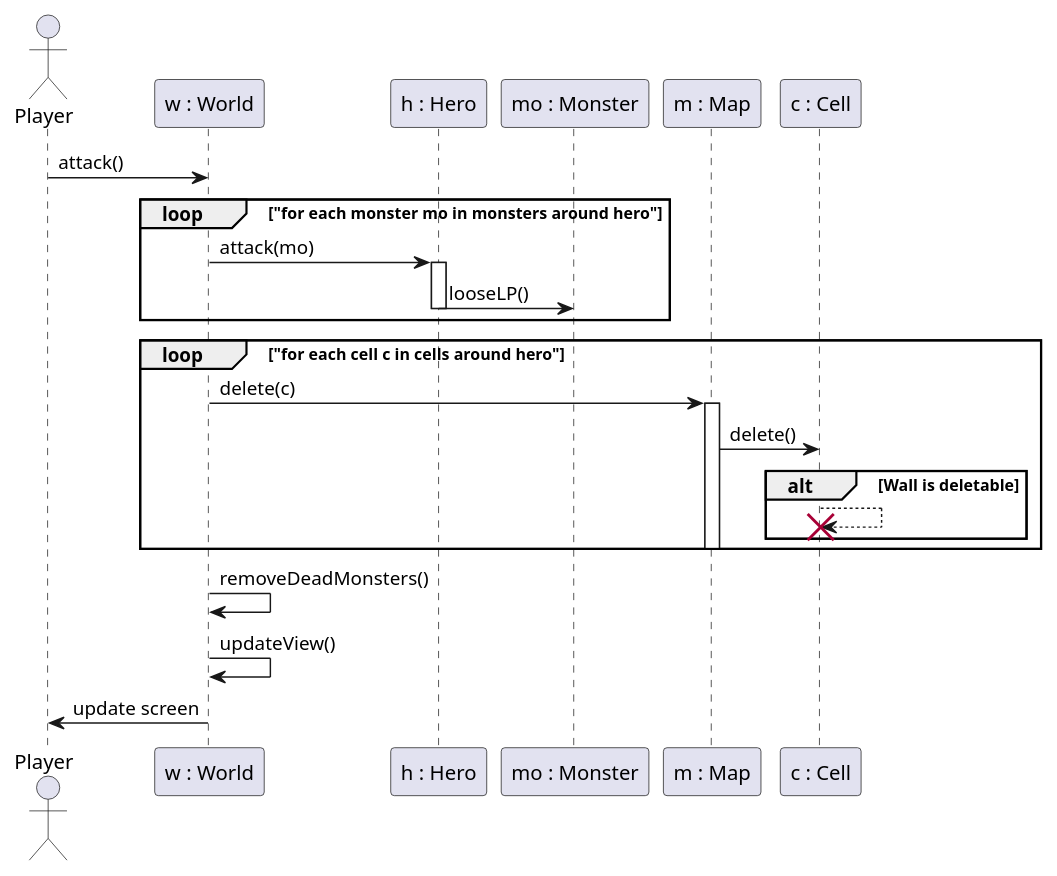
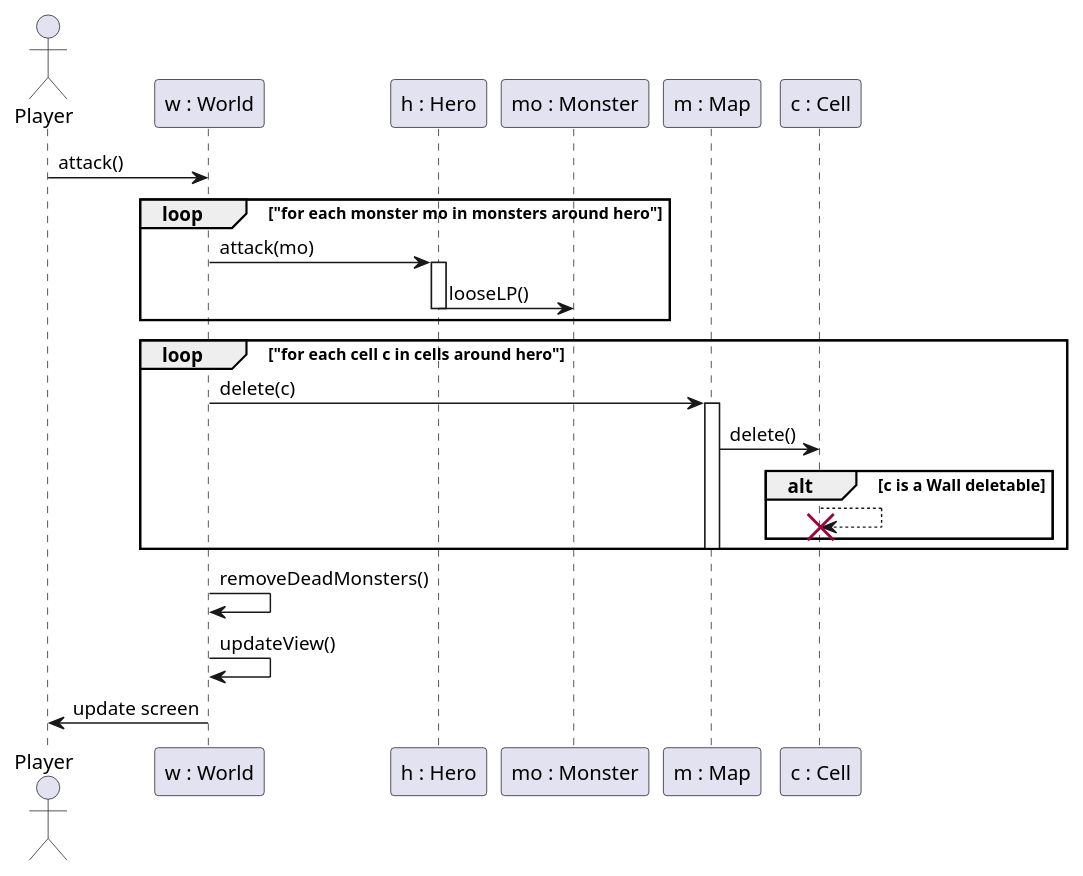
The diagram in preparation/sprint4/attaque.puml (AnnYoS/ACL_2019_TLP), drawn with PlantUML before and after one commit.

Commit message:
correction conception no 1001

```diff
--- a/preparation/sprint4/attaque.puml
+++ b/preparation/sprint4/attaque.puml
@@ -1,35 +1,35 @@
 @startuml
 
 actor Player
 
 
 Player -> "w : World": attack()
 
 
 loop "for each monster mo in monsters around hero"
   "w : World" -> "h : Hero": attack(mo)
   activate "h : Hero"
     "h : Hero" -> "mo : Monster" : looseLP()
   deactivate
 end
 
 
 
 
 loop "for each cell c in cells around hero"
   "w : World" -> "m : Map": delete(c)
   activate "m : Map"
     "m : Map" -> "c : Cell" : delete()
-    alt Wall is deletable
+    alt c is a Wall deletable
         "c : Cell" --> "c : Cell" !!
     end
   deactivate
 end
 
 
 "w : World" -> "w : World" : removeDeadMonsters()
 "w : World" -> "w : World" : updateView()
 "w : World" -> Player : update screen
 
 
 @enduml
```
